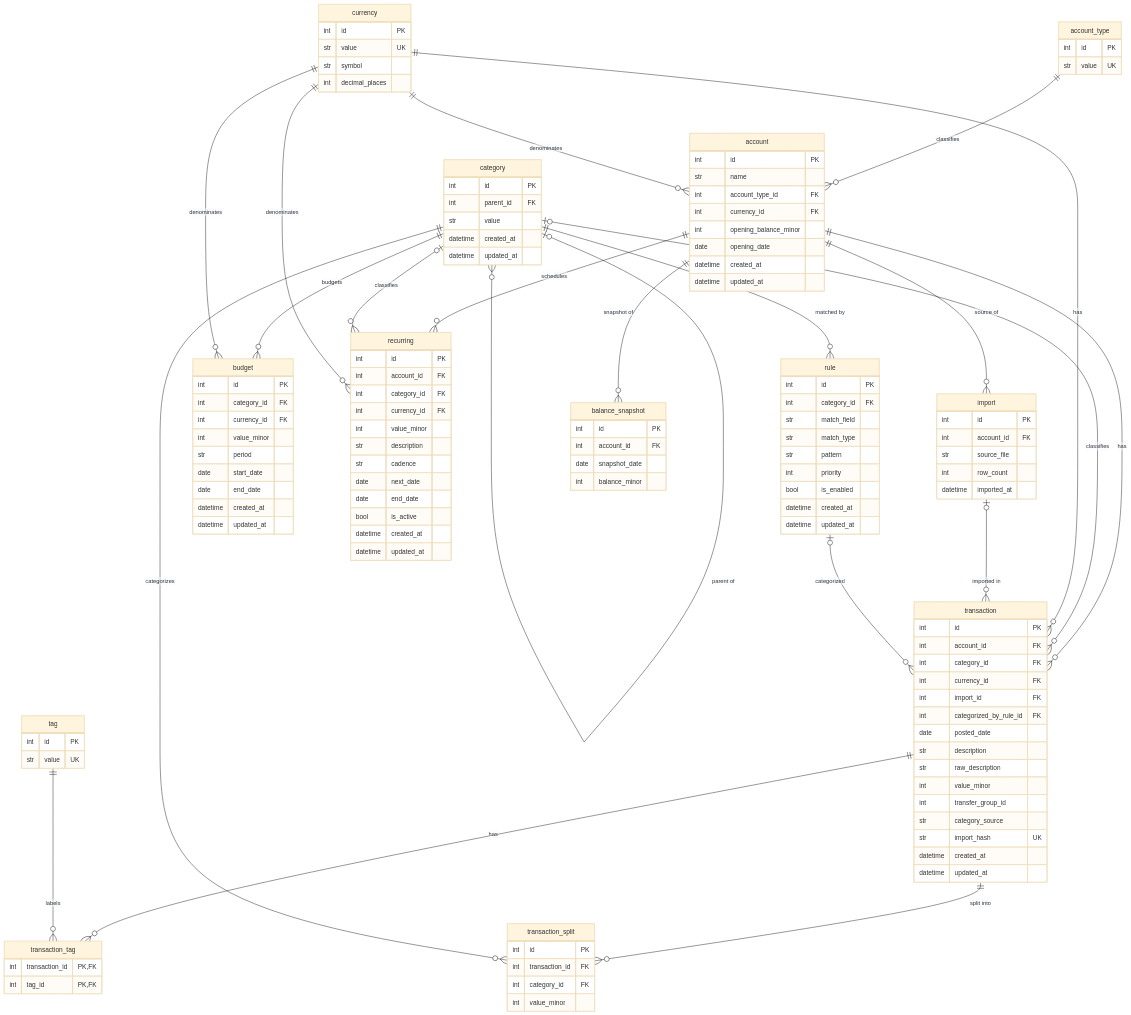
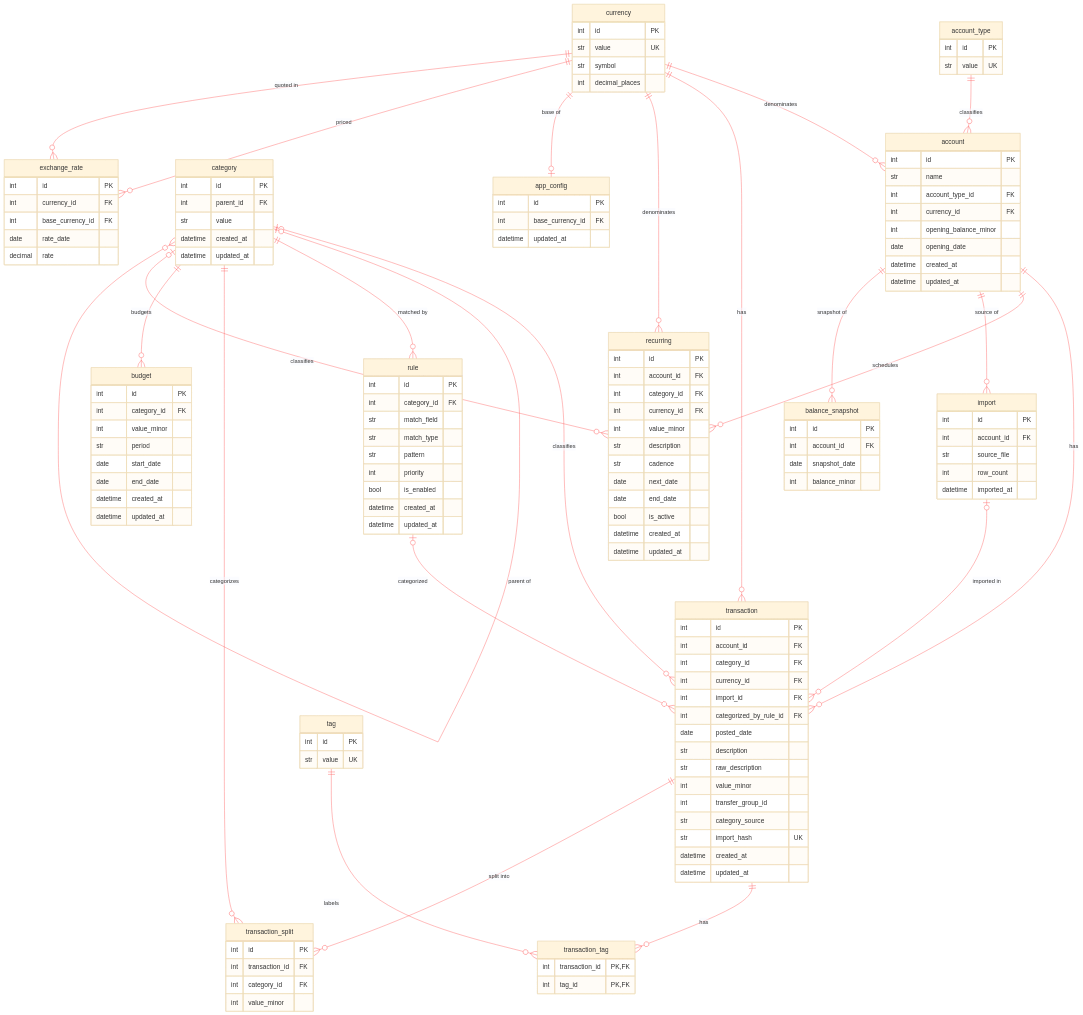
One commit to Benkendorfer/budget_tracker changed the diagram in README.md. Above: the diagram before and after it, drawn with Mermaid. The commit also changed other lines of this file, not shown here.

Commit message:
Clarify currency handling

````diff
--- a/README.md
+++ b/README.md
@@ -62,5 +72,5 @@
 ```mermaid
-%%{init: {'theme':'base', 'themeVariables':{'background':'#ffffff'}}}%%
+%%{init: {'theme':'base', 'themeVariables':{'background':'#ffffff','lineColor':'#ff5c5c'}}}%%
 erDiagram
     account ||--o{ transaction : has
     account_type ||--o{ account : classifies
@@ -74,7 +84,6 @@
     transaction ||--o{ transaction_split : "split into"
     category ||--o{ transaction_split : categorizes
     category ||--o{ budget : budgets
-    currency ||--o{ budget : denominates
     account ||--o{ recurring : schedules
     category |o--o{ recurring : classifies
     currency ||--o{ recurring : denominates
@@ -82,6 +91,9 @@
     import |o--o{ transaction : "imported in"
     rule |o--o{ transaction : categorized
     account ||--o{ balance_snapshot : "snapshot of"
+    currency ||--o| app_config : "base of"
+    currency ||--o{ exchange_rate : "priced"
+    currency ||--o{ exchange_rate : "quoted in"
 
     account_type {
         int id PK
@@ -155,7 +167,6 @@
     budget {
         int id PK
         int category_id FK
-        int currency_id FK
         int value_minor
         str period
         date start_date
@@ -190,4 +201,16 @@
         date snapshot_date
         int balance_minor
     }
+    app_config {
+        int id PK
+        int base_currency_id FK
+        datetime updated_at
+    }
+    exchange_rate {
+        int id PK
+        int currency_id FK
+        int base_currency_id FK
+        date rate_date
+        decimal rate
+    }
 ```
````
